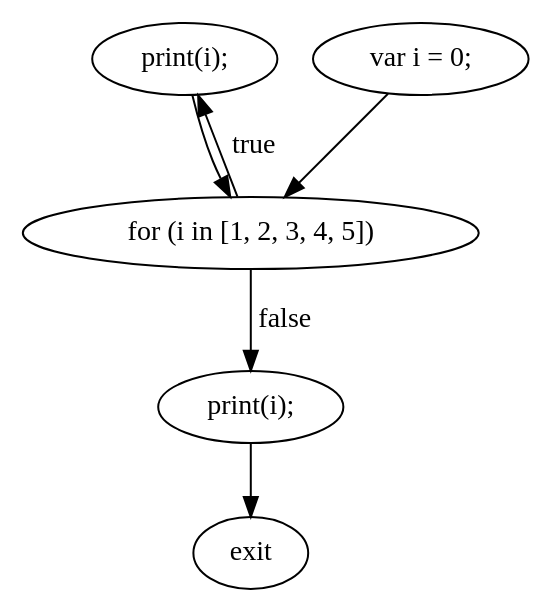
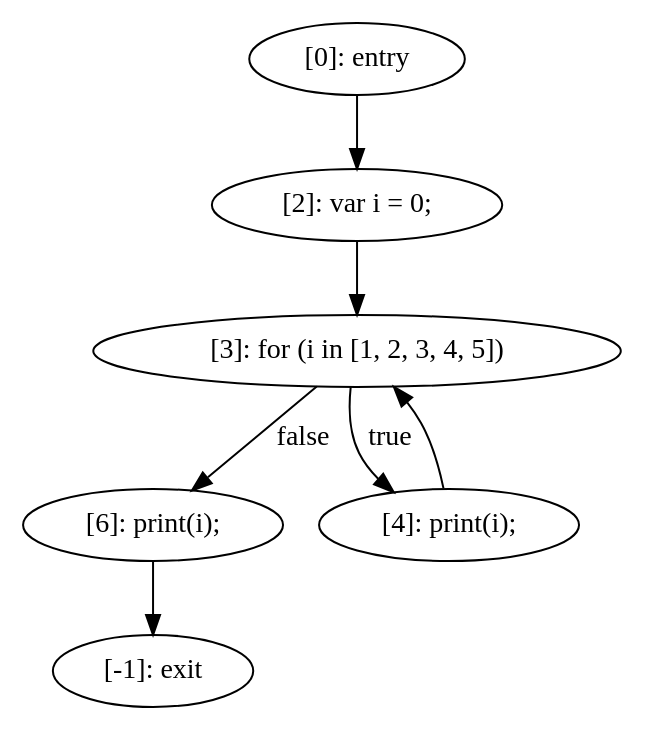
Before and after one commit to Shoreray/JsRetest: the diagram in JsRetest/jsTests/dotFiles/testForIn.js.0.dot, drawn with Graphviz. The commit also changed 236 other files, not shown here.

```diff
--- a/JsRetest/jsTests/dotFiles/testForIn.js.0.dot
+++ b/JsRetest/jsTests/dotFiles/testForIn.js.0.dot
@@ -1,12 +1,14 @@
 digraph {
-"0" [label="print(i);\n"] 
-"1" [label="exit"] 
-"2" [label="print(i);\n"] 
-"3" [label="for (i in [1, 2, 3, 4, 5]) "] 
-"4" [label="var i = 0;\n"] 
-"0" -> "3" [label=""] 
-"2" -> "1" [label=""] 
-"3" -> "2" [label="false"] 
-"3" -> "0" [label="true"] 
-"4" -> "3" [label=""] 
+"0" [label="[3]: for (i in [1, 2, 3, 4, 5]) "] 
+"1" [label="[2]: var i = 0;\n"] 
+"2" [label="[6]: print(i);\n"] 
+"3" [label="[4]: print(i);\n"] 
+"4" [label="[0]: entry"] 
+"5" [label="[-1]: exit"] 
+"0" -> "2" [label="false"] 
+"0" -> "3" [label="true"] 
+"1" -> "0" [label=""] 
+"2" -> "5" [label=""] 
+"3" -> "0" [label=""] 
+"4" -> "1" [label=""] 
 }
```
